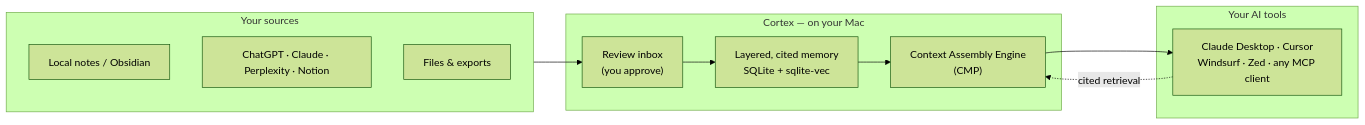
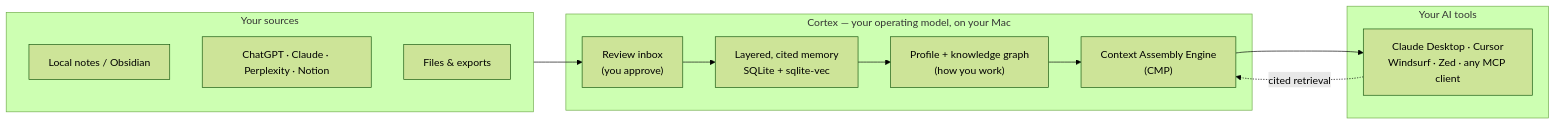
Before and after one commit to sarptandoven/cortex-app: the diagram in README.md, drawn with Mermaid (forest theme). The commit also changed other lines of this file, not shown here.

First line of the commit message:
docs: reposition the README around the personal operating model

````diff
--- a/README.md
+++ b/README.md
@@ -68,18 +70,19 @@
 ```mermaid
 flowchart LR
     subgraph SOURCES["Your sources"]
       A1["Local notes / Obsidian"]
       A2["ChatGPT · Claude · Perplexity · Notion"]
       A3["Files & exports"]
     end
-    subgraph CORTEX["Cortex — on your Mac"]
+    subgraph CORTEX["Cortex — your operating model, on your Mac"]
       B1["Review inbox<br/>(you approve)"]
       B2["Layered, cited memory<br/>SQLite + sqlite-vec"]
+      B4["Profile + knowledge graph<br/>(how you work)"]
       B3["Context Assembly Engine<br/>(CMP)"]
     end
     subgraph TOOLS["Your AI tools"]
       C1["Claude Desktop · Cursor<br/>Windsurf · Zed · any MCP client"]
     end
-    SOURCES --> B1 --> B2 --> B3 --> C1
+    SOURCES --> B1 --> B2 --> B4 --> B3 --> C1
     C1 -. "cited retrieval" .-> B3
 ```
````
